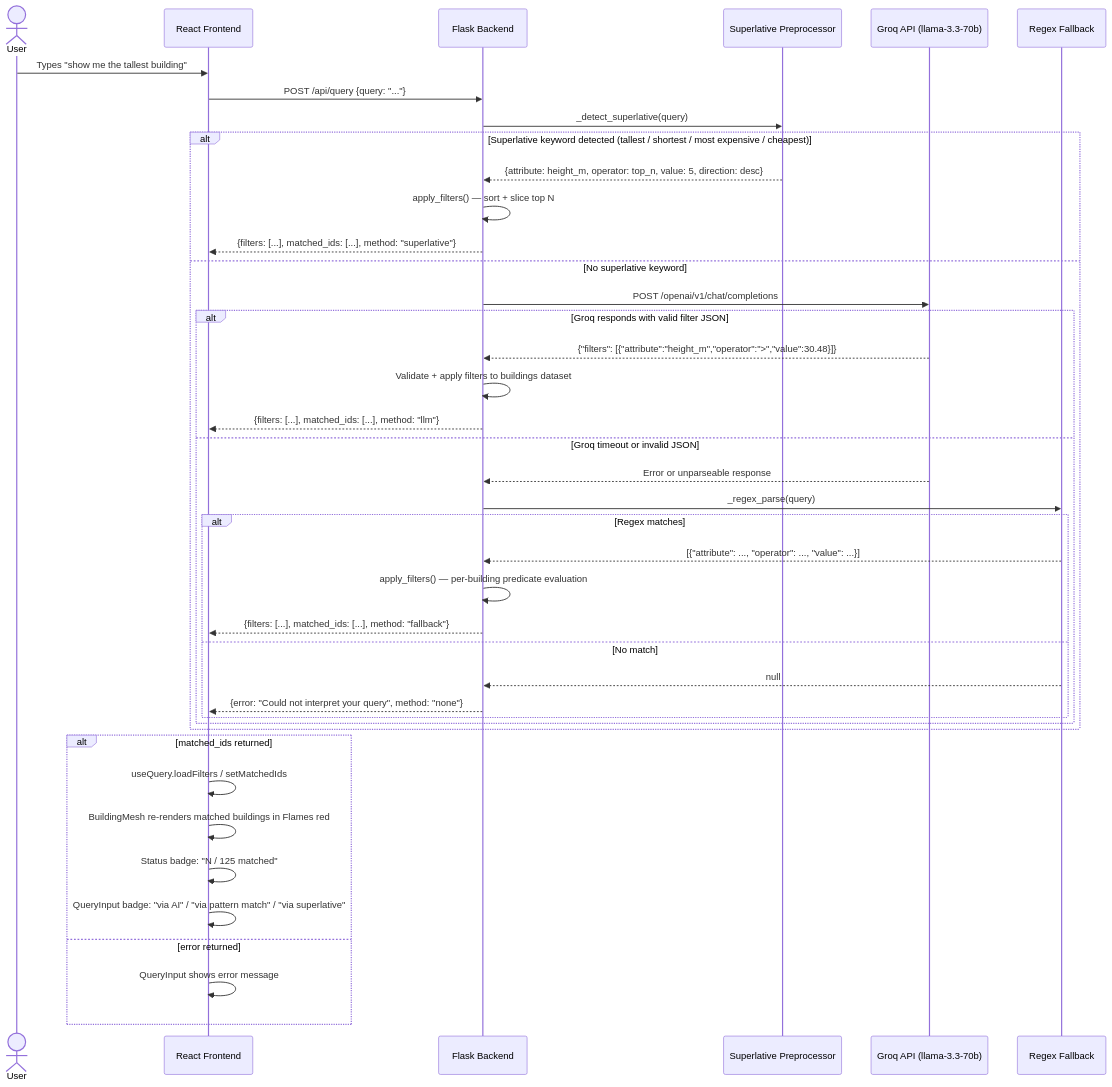
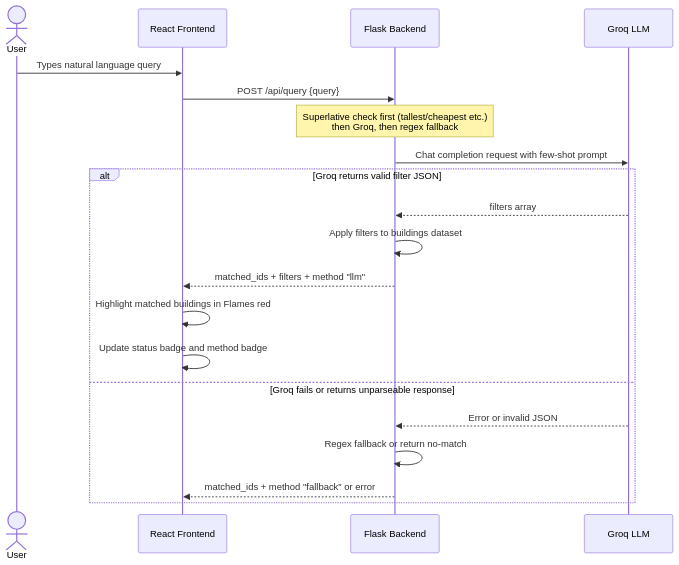
One commit to yuvisondh/CityScope-Calgary changed the diagram in docs/uml/sequence-diagram.mmd. Above: the diagram before and after it, drawn with Mermaid. The commit also changed 1 other file, not shown here.

Commit message:
docs(uml): simplify class and sequence diagrams to match brief scope
Class diagram: 3 entities only (Building, Project, Filter). Removed
LLMQueryResult, FilterSnapshot, ZoningBucket, QueryMethod enum. Single
relationship: Project stores a list of Filters.

Sequence diagram: 4 participants (User, Frontend, Backend, Groq LLM).
Superlative preprocessor and regex fallback moved to a Note as internal
backend steps. ~8 steps total: query → POST → Groq → filters → apply
→ matched_ids → highlight. One alt block for Groq failure.

```diff
--- a/docs/uml/sequence-diagram.mmd
+++ b/docs/uml/sequence-diagram.mmd
@@ -1,44 +1,23 @@
 sequenceDiagram
     actor User
     participant Frontend as React Frontend
-    participant Flask as Flask Backend
-    participant Superlative as Superlative Preprocessor
-    participant Groq as Groq API (llama-3.3-70b)
-    participant Regex as Regex Fallback
+    participant Backend as Flask Backend
+    participant Groq as Groq LLM
 
-    User->>Frontend: Types "show me the tallest building"
-    Frontend->>Flask: POST /api/query {query: "..."}
+    User->>Frontend: Types natural language query
+    Frontend->>Backend: POST /api/query {query}
 
-    Flask->>Superlative: _detect_superlative(query)
-    alt Superlative keyword detected (tallest / shortest / most expensive / cheapest)
-        Superlative-->>Flask: {attribute: height_m, operator: top_n, value: 5, direction: desc}
-        Flask->>Flask: apply_filters() — sort + slice top N
-        Flask-->>Frontend: {filters: [...], matched_ids: [...], method: "superlative"}
-    else No superlative keyword
-        Flask->>Groq: POST /openai/v1/chat/completions
-        alt Groq responds with valid filter JSON
-            Groq-->>Flask: {"filters": [{"attribute":"height_m","operator":">","value":30.48}]}
-            Flask->>Flask: Validate + apply filters to buildings dataset
-            Flask-->>Frontend: {filters: [...], matched_ids: [...], method: "llm"}
-        else Groq timeout or invalid JSON
-            Groq-->>Flask: Error or unparseable response
-            Flask->>Regex: _regex_parse(query)
-            alt Regex matches
-                Regex-->>Flask: [{"attribute": ..., "operator": ..., "value": ...}]
-                Flask->>Flask: apply_filters() — per-building predicate evaluation
-                Flask-->>Frontend: {filters: [...], matched_ids: [...], method: "fallback"}
-            else No match
-                Regex-->>Flask: null
-                Flask-->>Frontend: {error: "Could not interpret your query", method: "none"}
-            end
-        end
+    Note over Backend: Superlative check first (tallest/cheapest etc.)<br/>then Groq, then regex fallback
+
+    Backend->>Groq: Chat completion request with few-shot prompt
+    alt Groq returns valid filter JSON
+        Groq-->>Backend: filters array
+        Backend->>Backend: Apply filters to buildings dataset
+        Backend-->>Frontend: matched_ids + filters + method "llm"
+        Frontend->>Frontend: Highlight matched buildings in Flames red
+        Frontend->>Frontend: Update status badge and method badge
+    else Groq fails or returns unparseable response
+        Groq-->>Backend: Error or invalid JSON
+        Backend->>Backend: Regex fallback or return no-match
+        Backend-->>Frontend: matched_ids + method "fallback" or error
     end
-
-    alt matched_ids returned
-        Frontend->>Frontend: useQuery.loadFilters / setMatchedIds
-        Frontend->>Frontend: BuildingMesh re-renders matched buildings in Flames red
-        Frontend->>Frontend: Status badge: "N / 125 matched"
-        Frontend->>Frontend: QueryInput badge: "via AI" / "via pattern match" / "via superlative"
-    else error returned
-        Frontend->>Frontend: QueryInput shows error message
-    end
```
